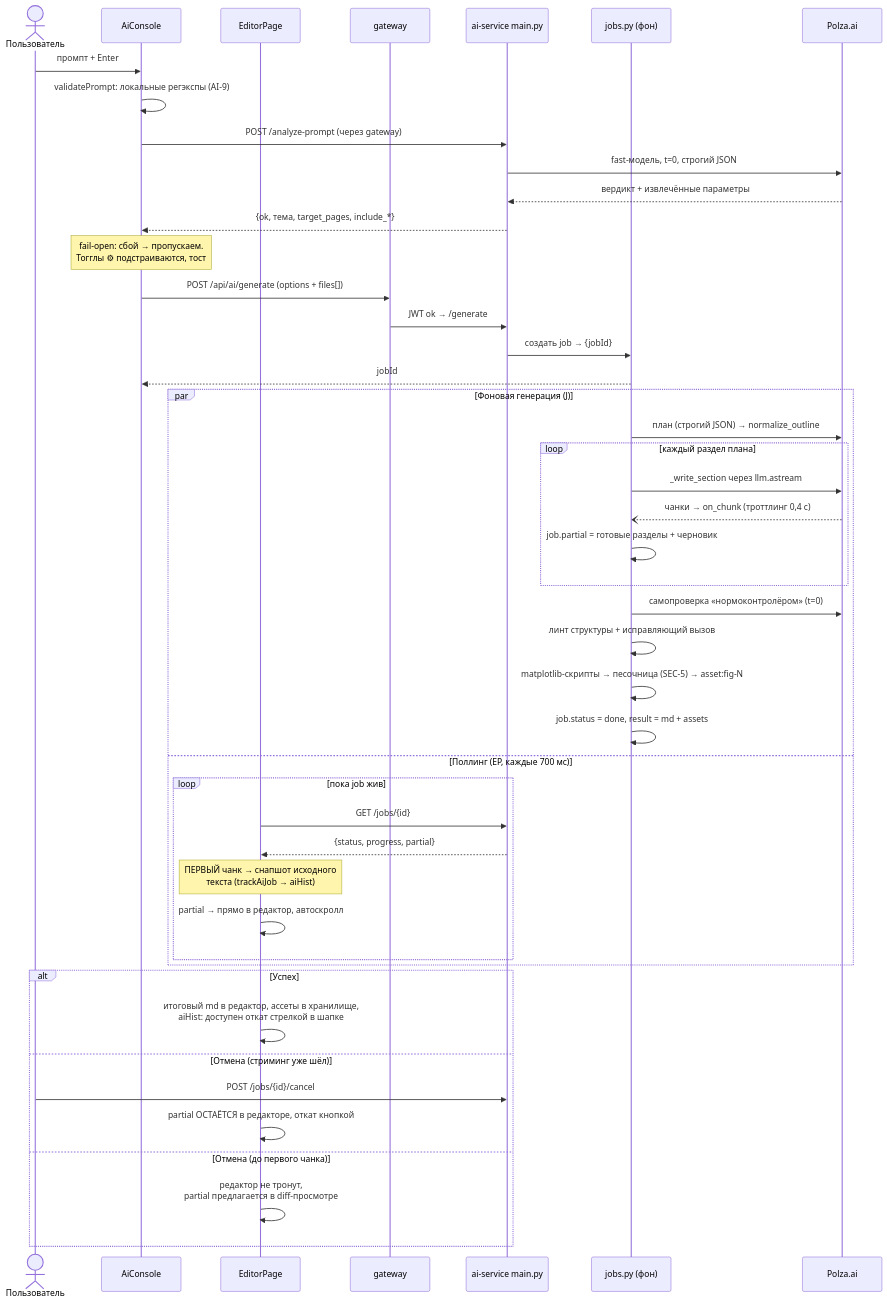
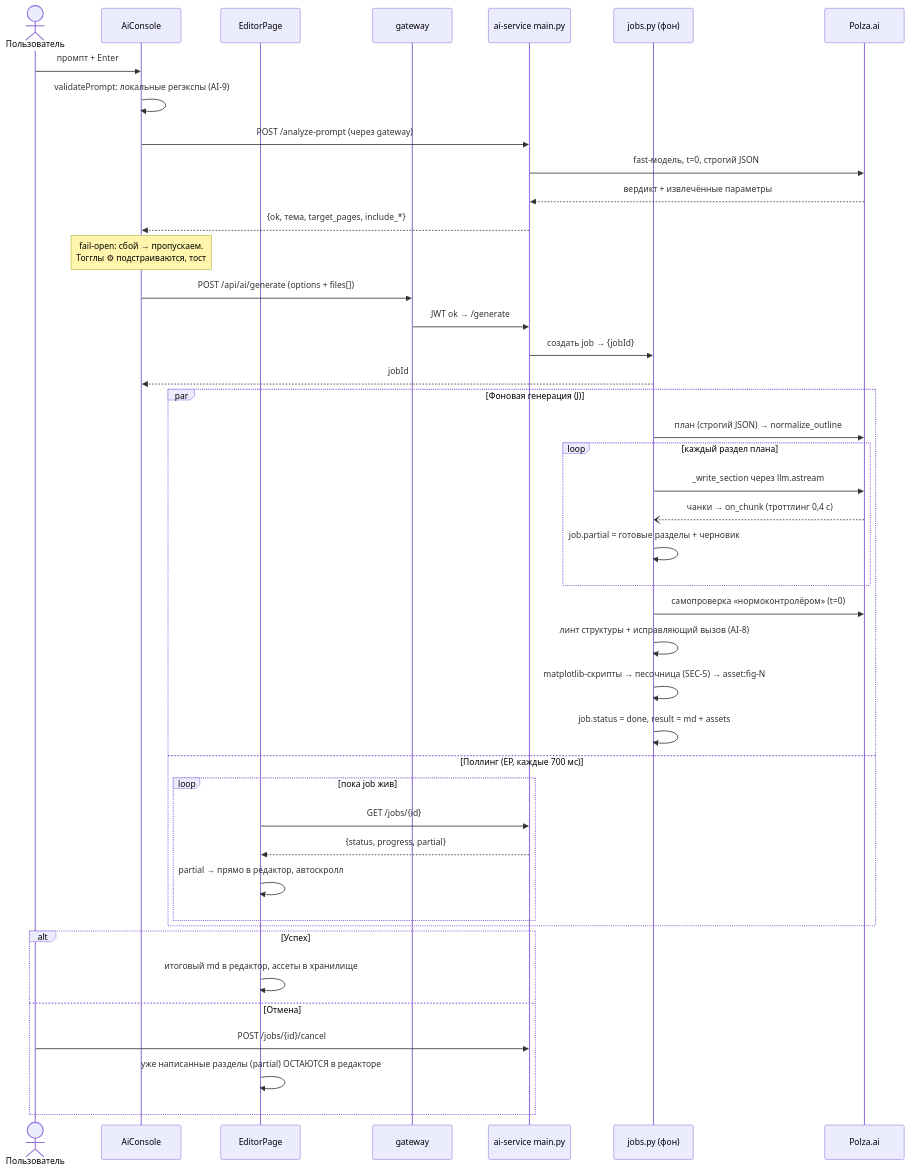
One commit to alexdarenkov/CourseWorkMaker changed the diagram in docs/architecture/flows/ai-generation.md. Above: the diagram before and after it, drawn with Mermaid. The commit also changed other lines of this file and 67 other files, not shown here.

````diff
--- a/docs/architecture/flows/ai-generation.md
+++ b/docs/architecture/flows/ai-generation.md
@@ -7,51 +7,48 @@
 ```mermaid
 sequenceDiagram
   actor U as Пользователь
   participant AC as AiConsole
   participant EP as EditorPage
   participant G as gateway
   participant M as ai-service main.py
   participant J as jobs.py (фон)
   participant LLM as Polza.ai
 
   U->>AC: промпт + Enter
   AC->>AC: validatePrompt: локальные регэкспы (AI-9)
   AC->>M: POST /analyze-prompt (через gateway)
   M->>LLM: fast-модель, t=0, строгий JSON
   LLM-->>M: вердикт + извлечённые параметры
   M-->>AC: {ok, тема, target_pages, include_*}
   Note over AC: fail-open: сбой → пропускаем.<br/>Тогглы ⚙ подстраиваются, тост
   AC->>G: POST /api/ai/generate (options + files[])
   G->>M: JWT ok → /generate
   M->>J: создать job → {jobId}
   J-->>AC: jobId
 
   par Фоновая генерация (J)
     J->>LLM: план (строгий JSON) → normalize_outline
     loop каждый раздел плана
       J->>LLM: _write_section через llm.astream
       LLM--)J: чанки → on_chunk (троттлинг 0,4 с)
       J->>J: job.partial = готовые разделы + черновик
     end
     J->>LLM: самопроверка «нормоконтролёром» (t=0)
-    J->>J: линт структуры + исправляющий вызов
+    J->>J: линт структуры + исправляющий вызов (AI-8)
     J->>J: matplotlib-скрипты → песочница (SEC-5) → asset:fig-N
     J->>J: job.status = done, result = md + assets
   and Поллинг (EP, каждые 700 мс)
     loop пока job жив
       EP->>M: GET /jobs/{id}
       M-->>EP: {status, progress, partial}
-      Note over EP: ПЕРВЫЙ чанк → снапшот исходного<br/>текста (trackAiJob → aiHist)
       EP->>EP: partial → прямо в редактор, автоскролл
     end
   end
 
   alt Успех
-    EP->>EP: итоговый md в редактор, ассеты в хранилище,<br/>aiHist: доступен откат стрелкой в шапке
-  else Отмена (стриминг уже шёл)
+    EP->>EP: итоговый md в редактор, ассеты в хранилище
+  else Отмена
     U->>M: POST /jobs/{id}/cancel
-    EP->>EP: partial ОСТАЁТСЯ в редакторе, откат кнопкой
-  else Отмена (до первого чанка)
-    EP->>EP: редактор не тронут,<br/>partial предлагается в diff-просмотре
+    EP->>EP: уже написанные разделы (partial) ОСТАЮТСЯ в редакторе
   end
 ```
````
